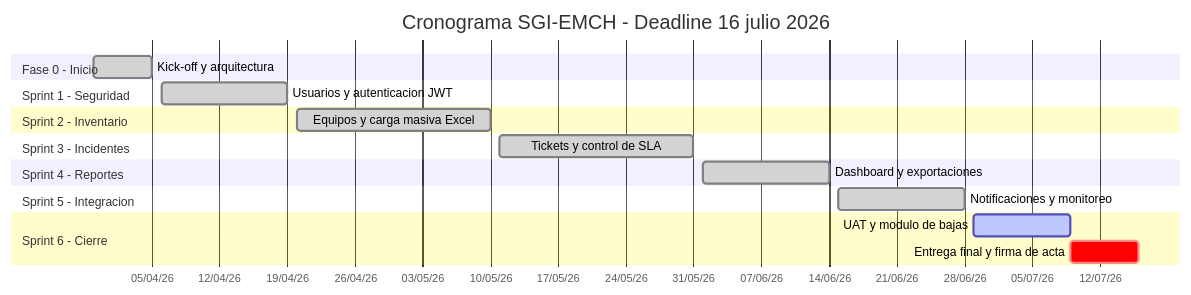
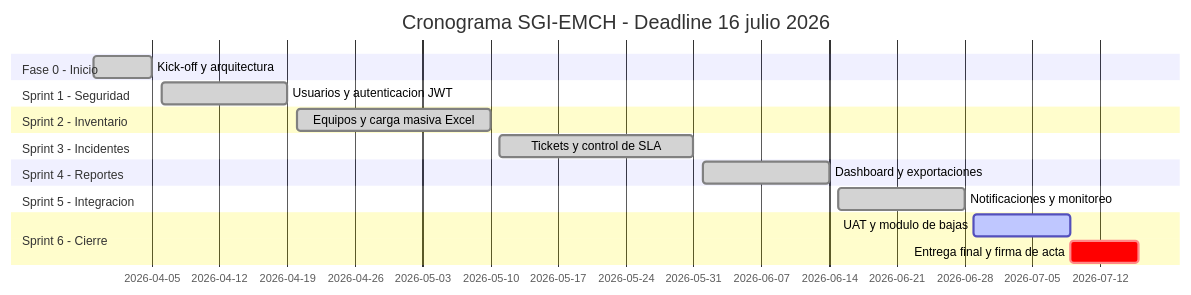
The third of 3 diagrams in markdown/informe_3.md (Jnasus/sgi-emch), drawn with Mermaid before and after one commit. The commit also changed other lines of this file, not shown here.

Commit message:
fix(informe): remove axisFormat from Gantt - incompatible with Cursor Mermaid version

````diff
--- a/markdown/informe_3.md
+++ b/markdown/informe_3.md
@@ -978,28 +978,27 @@
 ```mermaid
 gantt
     title Cronograma SGI-EMCH - Deadline 16 julio 2026
-    dateFormat  YYYY-MM-DD
-    axisFormat  %d/%m/%y
+    dateFormat YYYY-MM-DD
 
     section Fase 0 - Inicio
-    Kick-off y arquitectura               :done,    s0,  2026-03-30, 2026-04-05
+    Kick-off y arquitectura :done, s0, 2026-03-30, 2026-04-05
 
     section Sprint 1 - Seguridad
-    Usuarios y autenticacion JWT          :done,    s1,  2026-04-06, 2026-04-19
+    Usuarios y autenticacion JWT :done, s1, 2026-04-06, 2026-04-19
 
     section Sprint 2 - Inventario
-    Equipos y carga masiva Excel          :done,    s2,  2026-04-20, 2026-05-10
+    Equipos y carga masiva Excel :done, s2, 2026-04-20, 2026-05-10
 
     section Sprint 3 - Incidentes
-    Tickets y control de SLA              :done,    s3,  2026-05-11, 2026-05-31
+    Tickets y control de SLA :done, s3, 2026-05-11, 2026-05-31
 
     section Sprint 4 - Reportes
-    Dashboard y exportaciones             :done,    s4,  2026-06-01, 2026-06-14
+    Dashboard y exportaciones :done, s4, 2026-06-01, 2026-06-14
 
     section Sprint 5 - Integracion
-    Notificaciones y monitoreo            :done,    s5,  2026-06-15, 2026-06-28
+    Notificaciones y monitoreo :done, s5, 2026-06-15, 2026-06-28
 
     section Sprint 6 - Cierre
-    UAT y modulo de bajas                 :active,  s6a, 2026-06-29, 2026-07-09
-    Entrega final y firma de acta         :crit,    s6b, 2026-07-09, 2026-07-16
+    UAT y modulo de bajas :active, s6a, 2026-06-29, 2026-07-09
+    Entrega final y firma de acta :crit, s6b, 2026-07-09, 2026-07-16
 ```
````
